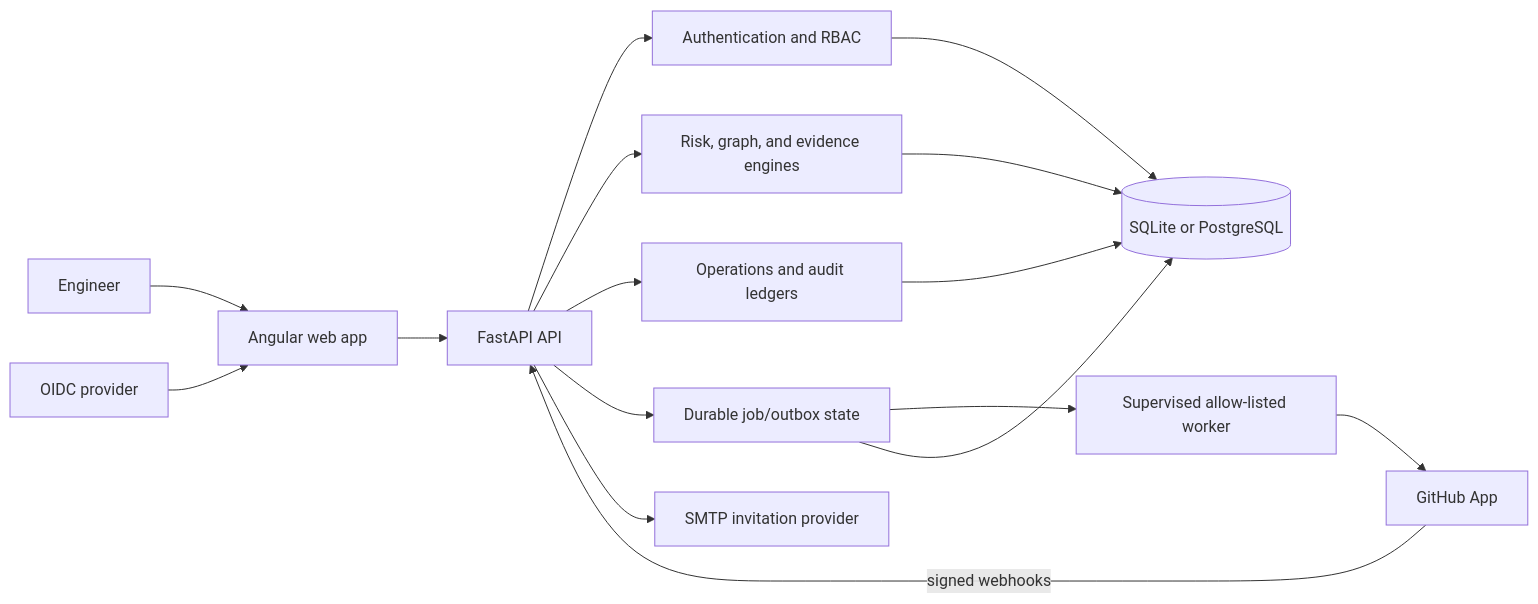
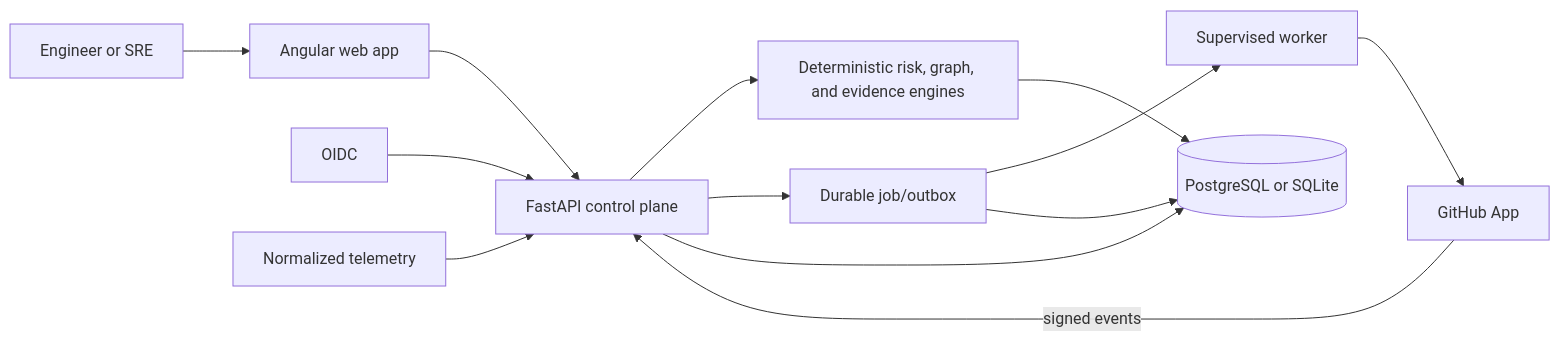
One commit to kingggg5/deployguardai changed the diagram in README.md. Above: the diagram before and after it, drawn with Mermaid. The commit also changed other lines of this file and 3 other files, not shown here.

````diff
--- a/README.md
+++ b/README.md
@@ -145,18 +86,15 @@
 ```mermaid
 flowchart LR
-    Engineer["Engineer"] --> Web["Angular web app"]
-    Web --> API["FastAPI API"]
-    OIDC["OIDC provider"] --> Web
-    GitHub["GitHub App"] -->|"signed webhooks"| API
-    API --> Auth["Authentication and RBAC"]
-    API --> Engines["Risk, graph, and evidence engines"]
-    API --> Ops["Operations and audit ledgers"]
-    API --> Queue["Durable job/outbox state"]
-    Queue --> Worker["Supervised allow-listed worker"]
+    User["Engineer or SRE"] --> Web["Angular web app"]
+    Web --> API["FastAPI control plane"]
+    GitHub["GitHub App"] -->|"signed events"| API
+    OIDC["OIDC"] --> API
+    Telemetry["Normalized telemetry"] --> API
+    API --> Engines["Deterministic risk, graph, and evidence engines"]
+    API --> Jobs["Durable job/outbox"]
+    Jobs --> Worker["Supervised worker"]
     Worker --> GitHub
-    Auth --> DB[("SQLite or PostgreSQL")]
+    API --> DB[("PostgreSQL or SQLite")]
     Engines --> DB
-    Ops --> DB
-    Queue --> DB
-    API --> SMTP["SMTP invitation provider"]
+    Jobs --> DB
 ```
````
